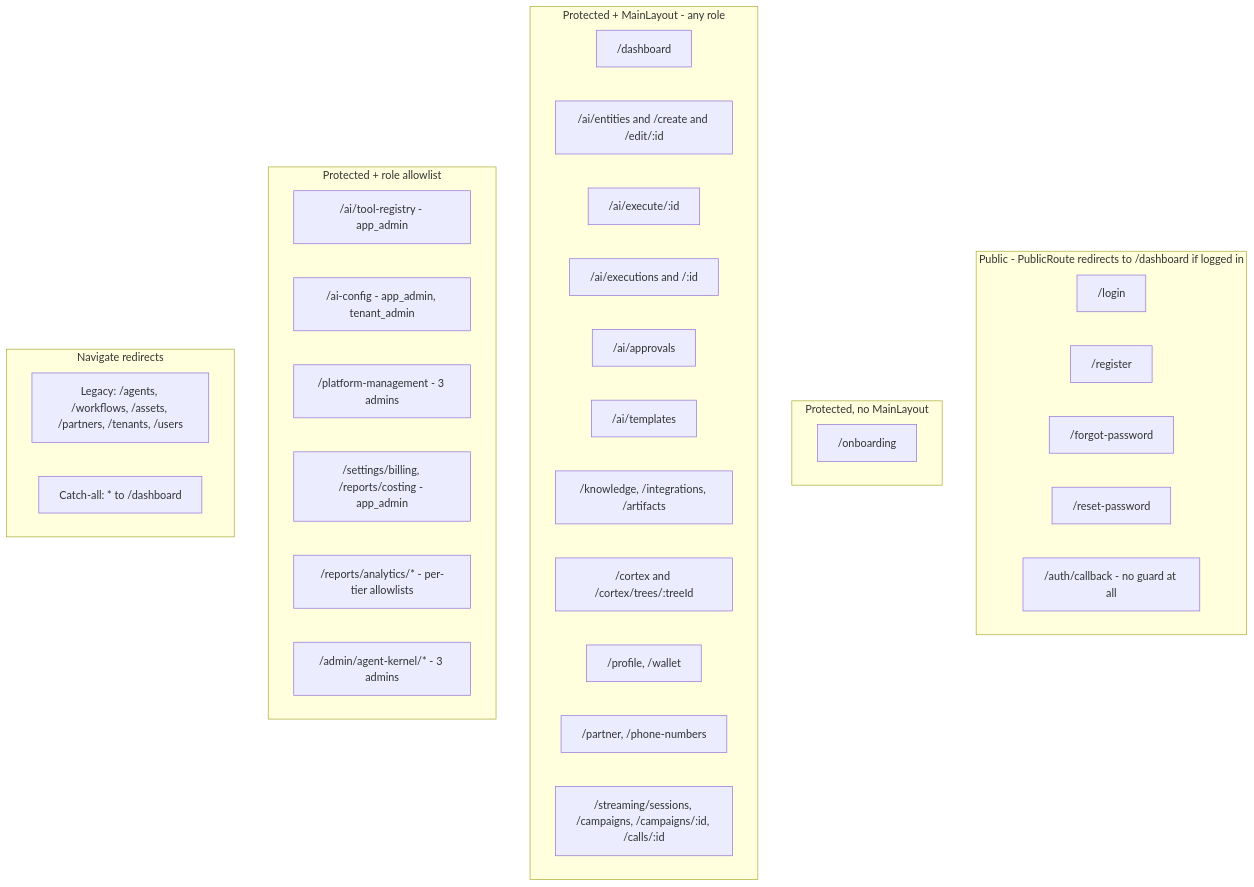
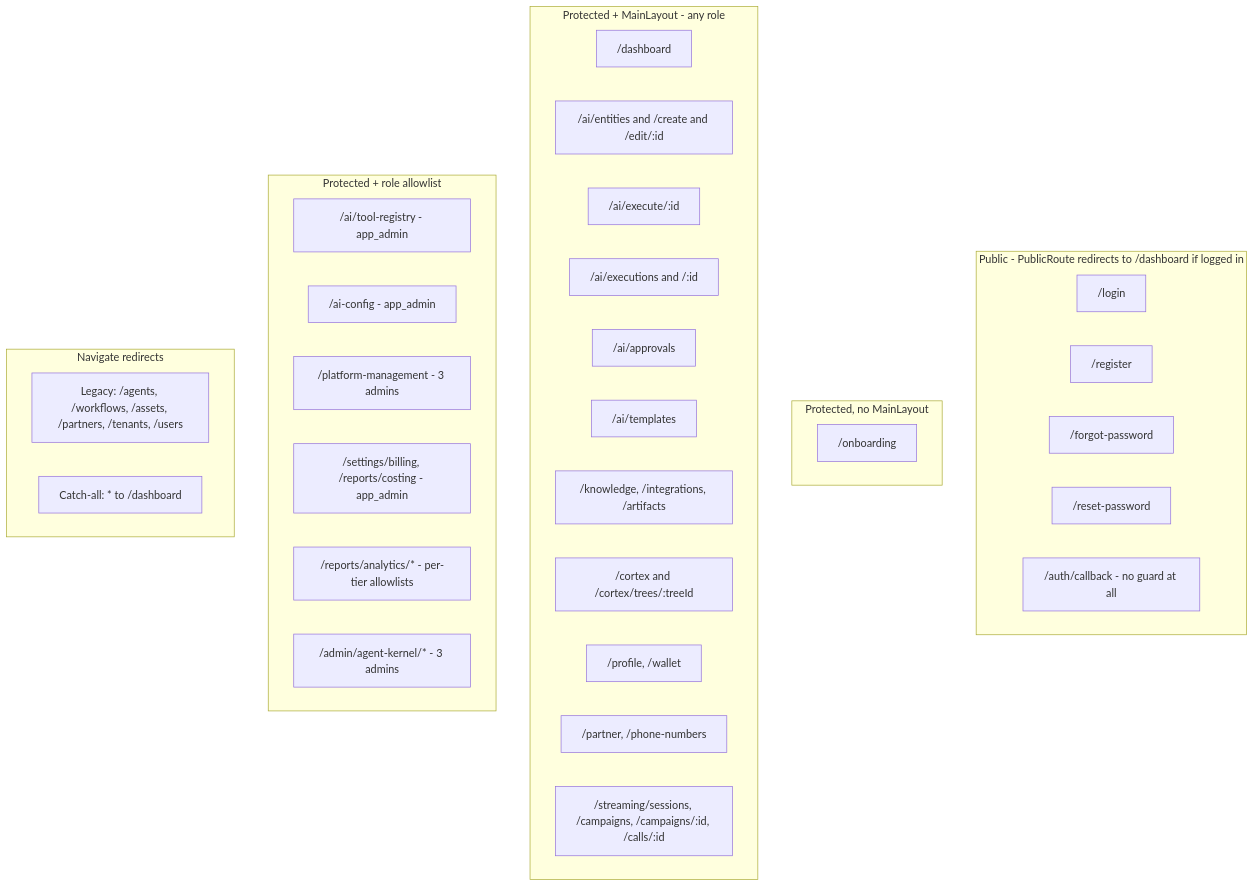
Before and after one commit to gondolerahul/hire-buddha-app: the fifth of 26 diagrams in docs/current/16-frontend.md, drawn with Mermaid. The commit also changed other lines of this file and 7 other files, not shown here.

First line of the commit message:
fix(frontend): only app_admin is offered the AI config page (PO-02)

````diff
--- a/docs/current/16-frontend.md
+++ b/docs/current/16-frontend.md
@@ -332,38 +332,38 @@
 ```mermaid
 graph TB
     subgraph Public["Public - PublicRoute redirects to /dashboard if logged in"]
         P1["/login"]
         P2["/register"]
         P3["/forgot-password"]
         P4["/reset-password"]
         P5["/auth/callback - no guard at all"]
     end
     subgraph NoLayout["Protected, no MainLayout"]
         N1["/onboarding"]
     end
     subgraph Core["Protected + MainLayout - any role"]
         C1["/dashboard"]
         C2["/ai/entities and /create and /edit/:id"]
         C3["/ai/execute/:id"]
         C4["/ai/executions and /:id"]
         C5["/ai/approvals"]
         C6["/ai/templates"]
         C7["/knowledge, /integrations, /artifacts"]
         C8["/cortex and /cortex/trees/:treeId"]
         C9["/profile, /wallet"]
         C10["/partner, /phone-numbers"]
         C11["/streaming/sessions, /campaigns, /campaigns/:id, /calls/:id"]
     end
     subgraph Gated["Protected + role allowlist"]
         G1["/ai/tool-registry - app_admin"]
-        G2["/ai-config - app_admin, tenant_admin"]
+        G2["/ai-config - app_admin"]
         G3["/platform-management - 3 admins"]
         G4["/settings/billing, /reports/costing - app_admin"]
         G5["/reports/analytics/* - per-tier allowlists"]
         G6["/admin/agent-kernel/* - 3 admins"]
     end
     subgraph Redirects["Navigate redirects"]
         R1["Legacy: /agents, /workflows, /assets, /partners, /tenants, /users"]
         R3["Catch-all: * to /dashboard"]
     end
 ```
````
